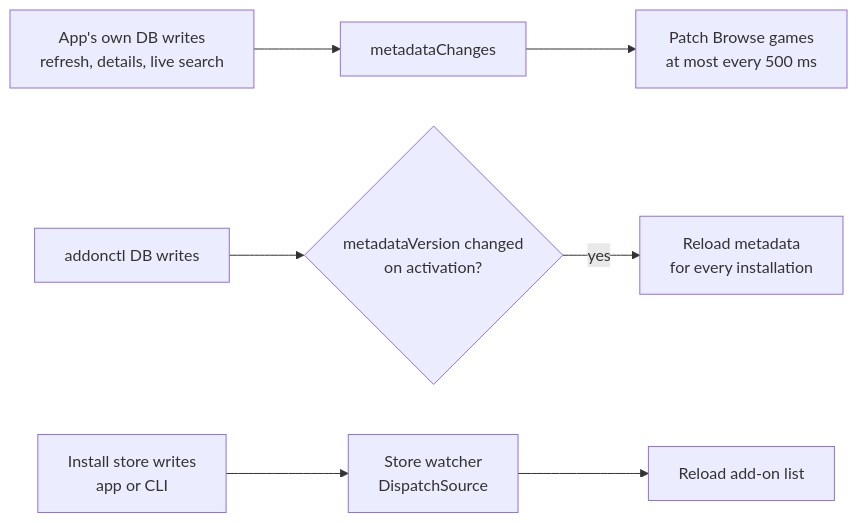
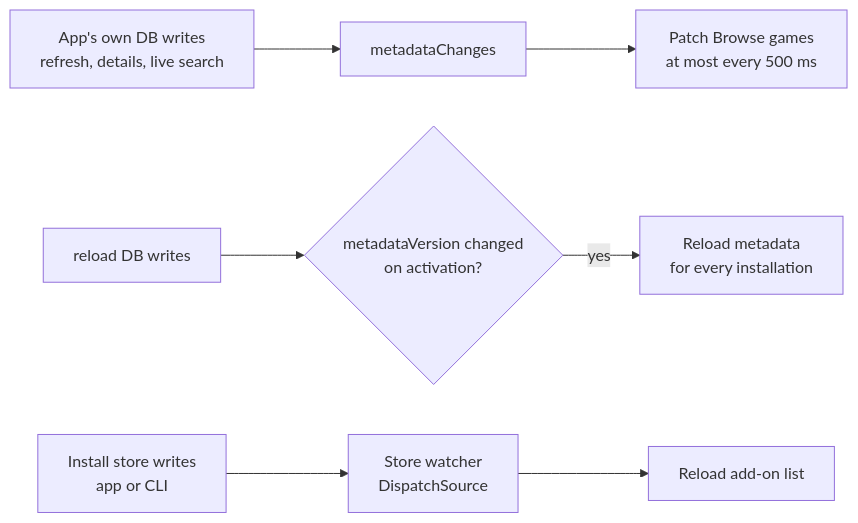
The diagram in docs/app/live-data.md (miotke/reload), drawn with Mermaid before and after one commit. The commit also changed other lines of this file and 210 other files, not shown here.

````diff
--- a/docs/app/live-data.md
+++ b/docs/app/live-data.md
@@ -9,9 +9,9 @@
 ```mermaid
 flowchart LR
     W1[App's own DB writes<br/>refresh, details, live search] --> CH[metadataChanges]
     CH --> P[Patch Browse games<br/>at most every 500 ms]
-    W2[addonctl DB writes] --> DV{metadataVersion changed<br/>on activation?}
+    W2[reload DB writes] --> DV{metadataVersion changed<br/>on activation?}
     DV -- yes --> RM[Reload metadata<br/>for every installation]
     W3[Install store writes<br/>app or CLI] --> SW[Store watcher<br/>DispatchSource]
     SW --> RA[Reload add-on list]
 ```
````
